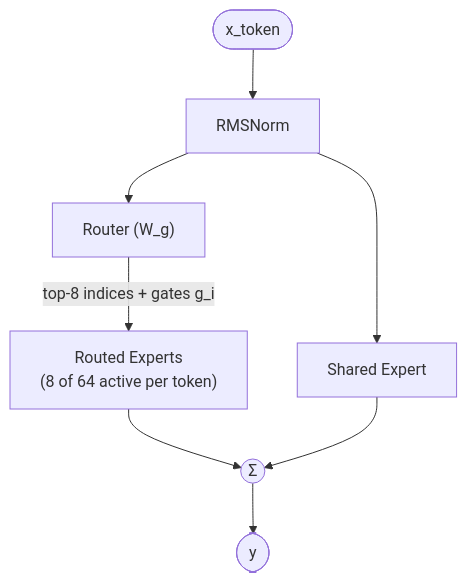
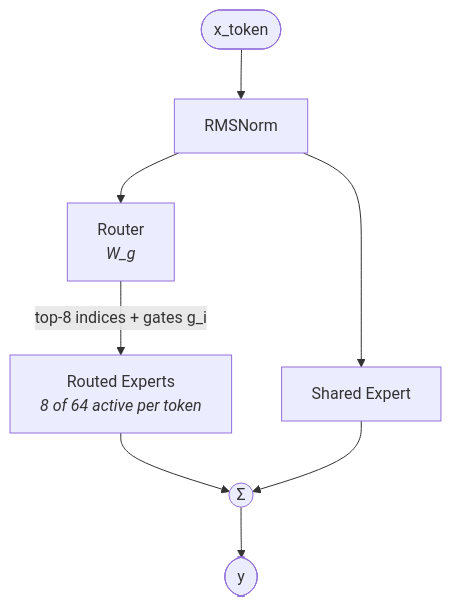
The diagram in skills/model-architecture-ascii/references/diagrams/hunyuan-a13b-moe.md (AndyKong2020/AI-Infra-Auto-Driven-SKILLS), drawn with Mermaid before and after one commit. The commit also changed 2 other files, not shown here.

Commit message:
Apply italic-only annotation rule consistently; broaden style guide
Previously the italic <br/><i>...</i> convention only covered
distinguishing-feature annotations (Qwen3 MoE "no shared expert" vs
DeepSeek MoE). Other annotation kinds — behavior summaries and name
elaborations — were slipping back into plain-text parentheticals
("Router (W_g)", "(8 of 64 active per token)", "W_KR (k_rope proj)").

Broaden the style-guide rule: any in-label content beyond the bare
module name uses <br/><i>...</i>. Plain-text parentheticals are
disallowed. Numerical parameters still belong in Key parameters.

Apply across Hunyuan-A13B MoE detail (Router, Routed Experts) and
DeepSeek-V3.2 MLA (W_KR).

````diff
--- a/skills/model-architecture-ascii/references/diagrams/hunyuan-a13b-moe.md
+++ b/skills/model-architecture-ascii/references/diagrams/hunyuan-a13b-moe.md
@@ -19,14 +19,14 @@
 ```mermaid
 flowchart TD
     x([x_token])
     x --> n[RMSNorm]
 
-    n --> router["Router (W_g)"]
+    n --> router["Router<br/><i>W_g</i>"]
     n --> shared[Shared Expert]
 
-    router -->|top-8 indices + gates g_i| routed["Routed Experts<br/>(8 of 64 active per token)"]
+    router -->|top-8 indices + gates g_i| routed["Routed Experts<br/><i>8 of 64 active per token</i>"]
 
     routed --> sum((Σ))
     shared --> sum
     sum --> y([y])
 ```
````
